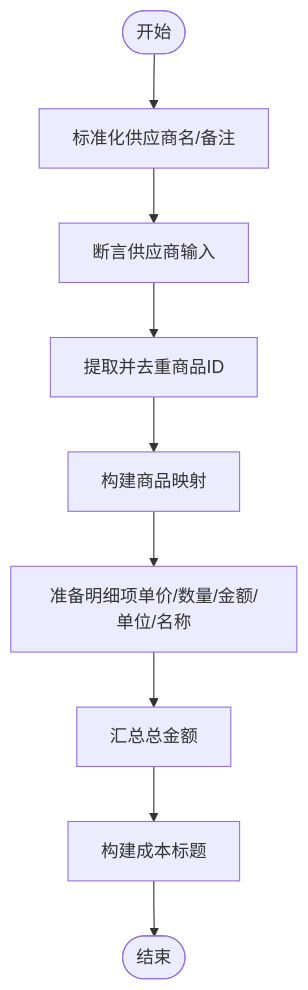
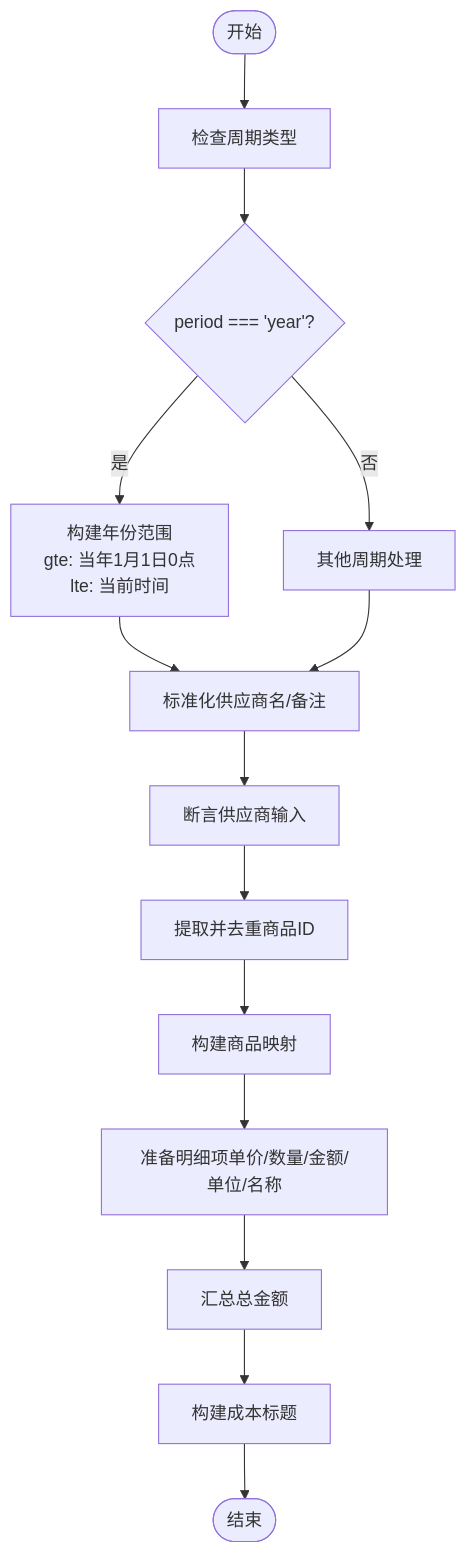
One commit to rc558620/purelyprofit-server changed the fifth of 7 diagrams in .qoder/repowiki/zh/content/业务模块/运营管理模块/采购管理.md. Above: the diagram before and after it, drawn with Mermaid. The commit also changed other lines of this file and 25 other files, not shown here.

````diff
--- a/.qoder/repowiki/zh/content/业务模块/运营管理模块/采购管理.md
+++ b/.qoder/repowiki/zh/content/业务模块/运营管理模块/采购管理.md
@@ -219,11 +224,16 @@
 ```mermaid
 flowchart TD
-Start(["开始"]) --> Normalize["标准化供应商名/备注"]
+Start(["开始"]) --> CheckPeriod["检查周期类型"]
+CheckPeriod --> YearCase{"period === 'year'?"}
+YearCase -- 是 --> BuildYearRange["构建年份范围<br/>gte: 当年1月1日0点<br/>lte: 当前时间"]
+YearCase -- 否 --> OtherCases["其他周期处理"]
+BuildYearRange --> Normalize["标准化供应商名/备注"]
+OtherCases --> Normalize
 Normalize --> Assert["断言供应商输入"]
 Assert --> Extract["提取并去重商品ID"]
 Extract --> Map["构建商品映射"]
 Map --> Prepare["准备明细项单价/数量/金额/单位/名称"]
 Prepare --> Sum["汇总总金额"]
 Sum --> BuildCost["构建成本标题"]
 BuildCost --> End(["结束"])
 ```
````
